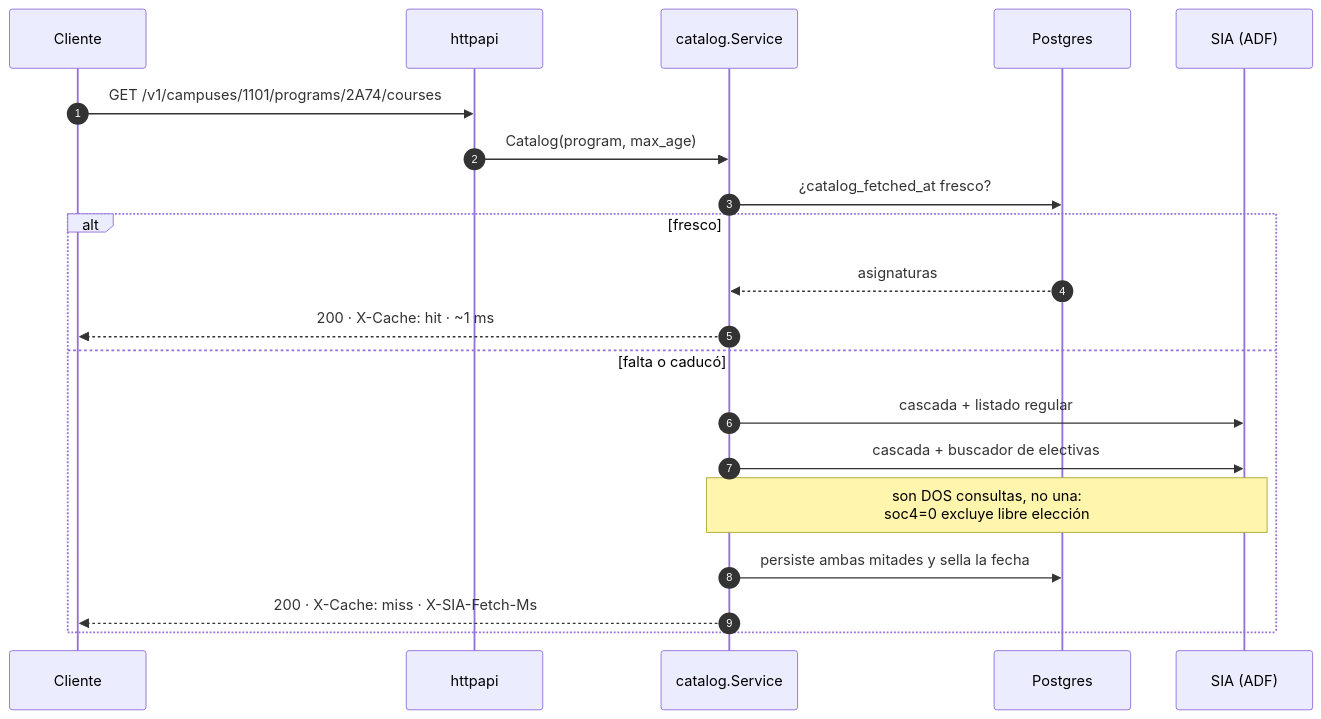
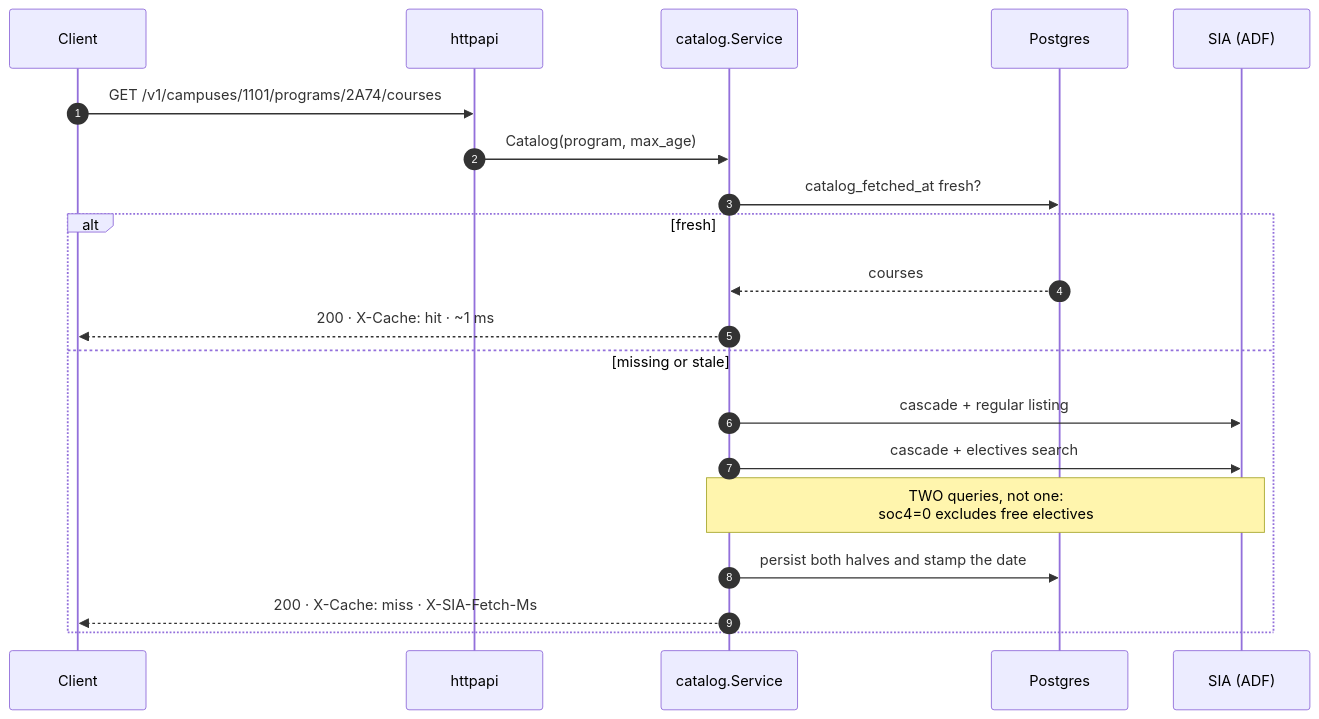
Before and after one commit to gabotachak/sia-unal-bridge: the diagram in README.md, drawn with Mermaid. The commit also changed other lines of this file and 2 other files, not shown here.

````diff
--- a/README.md
+++ b/README.md
@@ -181,23 +228,23 @@
 ```mermaid
 sequenceDiagram
     autonumber
-    participant C as Cliente
+    participant C as Client
     participant A as httpapi
     participant S as catalog.Service
     participant P as Postgres
     participant X as SIA (ADF)
 
     C->>A: GET /v1/campuses/1101/programs/2A74/courses
     A->>S: Catalog(program, max_age)
-    S->>P: ¿catalog_fetched_at fresco?
-    alt fresco
-        P-->>S: asignaturas
+    S->>P: catalog_fetched_at fresh?
+    alt fresh
+        P-->>S: courses
         S-->>C: 200 · X-Cache: hit · ~1 ms
-    else falta o caducó
-        S->>X: cascada + listado regular
-        S->>X: cascada + buscador de electivas
-        Note over S,X: son DOS consultas, no una:<br/>soc4=0 excluye libre elección
-        S->>P: persiste ambas mitades y sella la fecha
+    else missing or stale
+        S->>X: cascade + regular listing
+        S->>X: cascade + electives search
+        Note over S,X: TWO queries, not one:<br/>soc4=0 excludes free electives
+        S->>P: persist both halves and stamp the date
         S-->>C: 200 · X-Cache: miss · X-SIA-Fetch-Ms
     end
 ```
````
